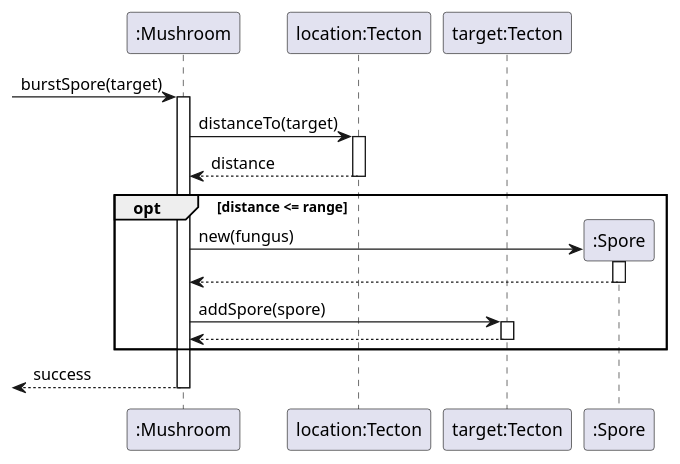
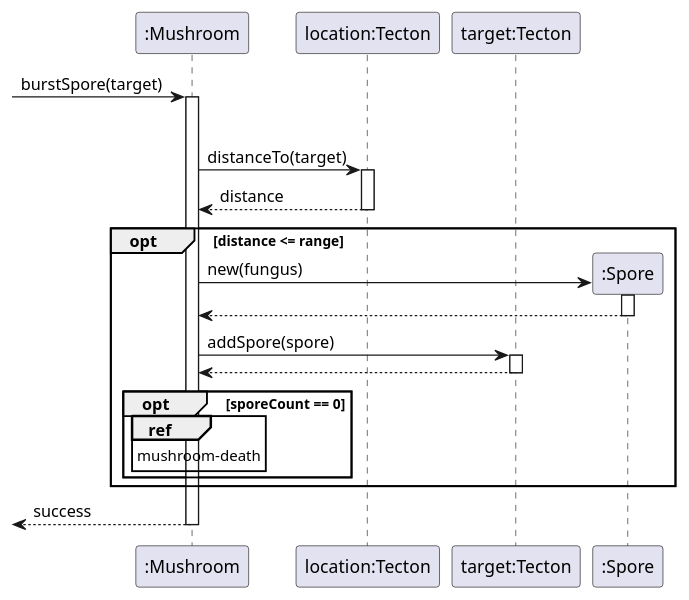
The diagram in Mushroom/burst-spore.pu (ZD4ve/projlab-error521), drawn with PlantUML before and after one commit. The commit also changed 3 other files, not shown here.

Commit message:
Deaths, grow mushroom, modified spore burst

```diff
--- a/Mushroom/burst-spore.pu
+++ b/Mushroom/burst-spore.pu
@@ -1,34 +1,43 @@
 @startuml
 participant ":Mushroom" as shroom
 participant "location:Tecton" as location
 participant "target:Tecton" as target
 participant ":Spore" as spore
 
 -> shroom : burstSpore(target)
 activate shroom
 
-shroom -> location : distanceTo(target)
-activate location
+opt Ready
+    shroom -> location : distanceTo(target)
+    activate location
 
-shroom <-- location : distance
-deactivate location
+    shroom <-- location : distance
+    deactivate location
 
-opt distance <= range
+    opt distance <= range
     create spore
     shroom -> spore : new(fungus)
     activate spore
 
     shroom <-- spore
     deactivate spore
 
     shroom -> target : addSpore(spore)
     activate target
 
     shroom <-- target
     deactivate target
+
+    opt sporeCount == 0
+        ref over shroom
+            mushroom-death
+        end ref 
+    end
 end
 
+'we sure about this? - what if it dies before??
 <-- shroom : success
+
 deactivate shroom
 
 @enduml
```
